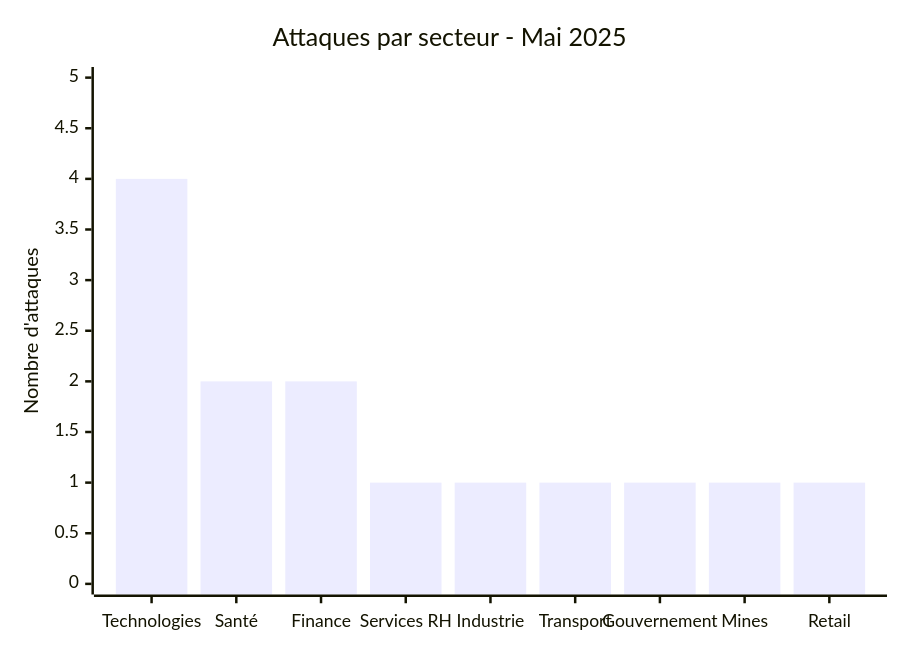
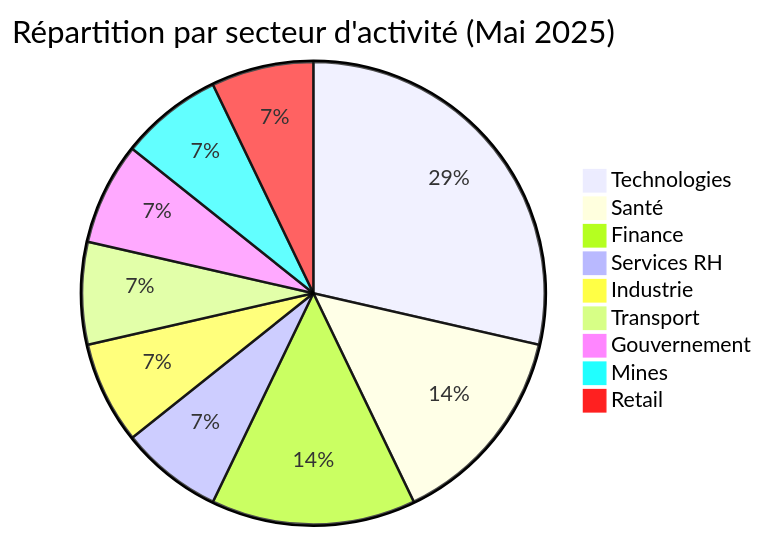
Before and after one commit to Hatchepsoute/AFRINTEL: the second of 4 diagrams in reports/2025/05-may/README_FR.md, drawn with Mermaid. The commit also changed other lines of this file and 2 other files, not shown here.

Commit message:
Rapport CTI : Cyberattaques en Afrique Mai 2025

````diff
--- a/reports/2025/05-may/README_FR.md
+++ b/reports/2025/05-may/README_FR.md
@@ -58,7 +58,12 @@
 ```mermaid
-xychart-beta
-    title "Attaques par secteur - Mai 2025"
-    x-axis ["Technologies", "Santé", "Finance", "Services RH", "Industrie", "Transport", "Gouvernement", "Mines", "Retail"]
-    y-axis "Nombre d'attaques" 0 --> 5
-    bar [4, 2, 2, 1, 1, 1, 1, 1, 1]
+pie title Répartition par secteur d'activité (Mai 2025)
+    "Technologies" : 4
+    "Santé" : 2
+    "Finance" : 2
+    "Services RH" : 1
+    "Industrie" : 1
+    "Transport" : 1
+    "Gouvernement" : 1
+    "Mines" : 1
+    "Retail" : 1
 ```
````
